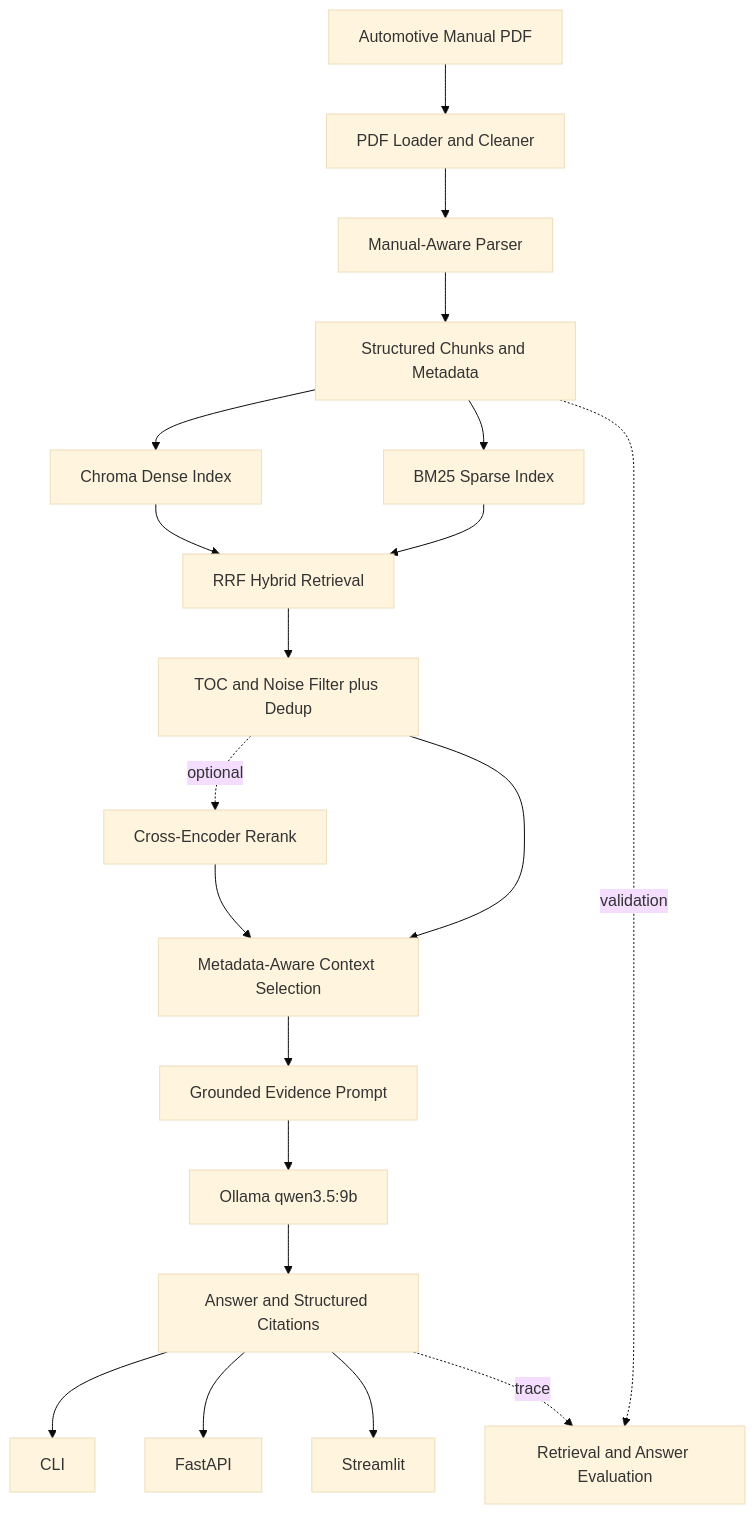
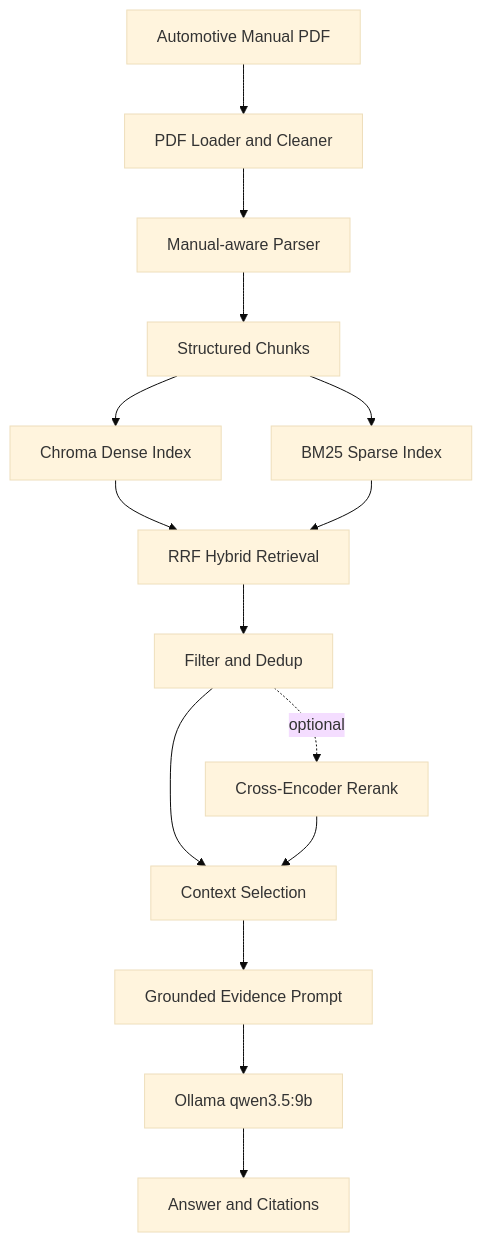
One commit to Fruiterer333/auto_manual_rag changed the diagram in README.md. Above: the diagram before and after it, drawn with Mermaid (base theme). The commit also changed other lines of this file and 74 other files, not shown here.

````diff
--- a/README.md
+++ b/README.md
@@ -49,22 +28,17 @@
 ```mermaid
 flowchart TD
     A[Automotive Manual PDF] --> B[PDF Loader and Cleaner]
-    B --> C[Manual-Aware Parser]
-    C --> D[Structured Chunks and Metadata]
+    B --> C[Manual-aware Parser]
+    C --> D[Structured Chunks]
     D --> E[Chroma Dense Index]
     D --> F[BM25 Sparse Index]
     E --> G[RRF Hybrid Retrieval]
     F --> G
-    G --> H[TOC and Noise Filter plus Dedup]
+    G --> H[Filter and Dedup]
     H -. optional .-> I[Cross-Encoder Rerank]
-    H --> J[Metadata-Aware Context Selection]
+    H --> J[Context Selection]
     I --> J
     J --> K[Grounded Evidence Prompt]
     K --> L[Ollama qwen3.5:9b]
-    L --> M[Answer and Structured Citations]
-    M --> N[CLI]
-    M --> O[FastAPI]
-    M --> P[Streamlit]
-    D -. validation .-> Q[Retrieval and Answer Evaluation]
-    M -. trace .-> Q
+    L --> M[Answer and Citations]
 ```
````
